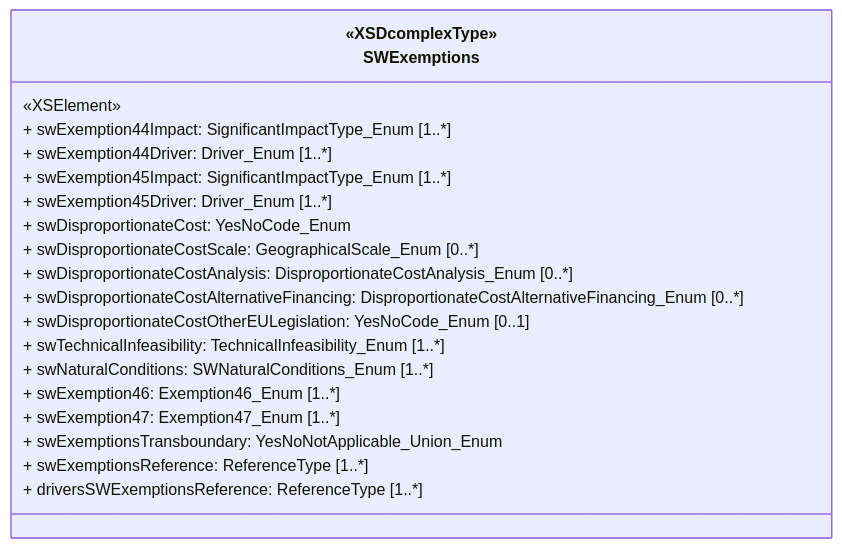
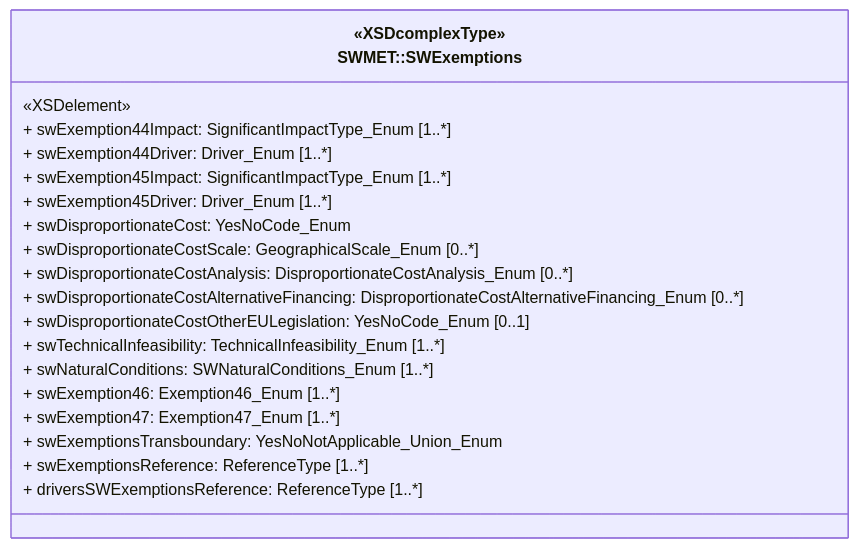
One commit to eeadata/WISE.WFD.Documentation changed the diagram in docs/DataModelReview/mmd/Exemptions_3rdCycle_SWMET_ClassDiagram.mmd. Above: the diagram before and after it, drawn with Mermaid. The commit also changed 6 other files, not shown here.

```diff
--- a/docs/DataModelReview/mmd/Exemptions_3rdCycle_SWMET_ClassDiagram.mmd
+++ b/docs/DataModelReview/mmd/Exemptions_3rdCycle_SWMET_ClassDiagram.mmd
@@ -1,28 +1,28 @@
 ---
 config:
   class:
     hideEmptyMembersBox: true
   layout: dagre
   theme: default
 ---
 classDiagram 
 class SWExemptions ["«XSDcomplexType»
-SWExemptions"]{
-  «XSElement»
+SWMET::SWExemptions"]{
+  «XSDelement»
   + swExemption44Impact: SignificantImpactType_Enum [1..*]
   + swExemption44Driver: Driver_Enum [1..*]
   + swExemption45Impact: SignificantImpactType_Enum [1..*]
   + swExemption45Driver: Driver_Enum [1..*]
   + swDisproportionateCost: YesNoCode_Enum
   + swDisproportionateCostScale: GeographicalScale_Enum [0..*]
   + swDisproportionateCostAnalysis: DisproportionateCostAnalysis_Enum [0..*]
   + swDisproportionateCostAlternativeFinancing: DisproportionateCostAlternativeFinancing_Enum [0..*]
   + swDisproportionateCostOtherEULegislation: YesNoCode_Enum [0..1]
   + swTechnicalInfeasibility: TechnicalInfeasibility_Enum [1..*]
   + swNaturalConditions: SWNaturalConditions_Enum [1..*]
   + swExemption46: Exemption46_Enum [1..*]
   + swExemption47: Exemption47_Enum [1..*]
   + swExemptionsTransboundary: YesNoNotApplicable_Union_Enum
   + swExemptionsReference: ReferenceType [1..*]
   + driversSWExemptionsReference: ReferenceType [1..*]
 }
```
